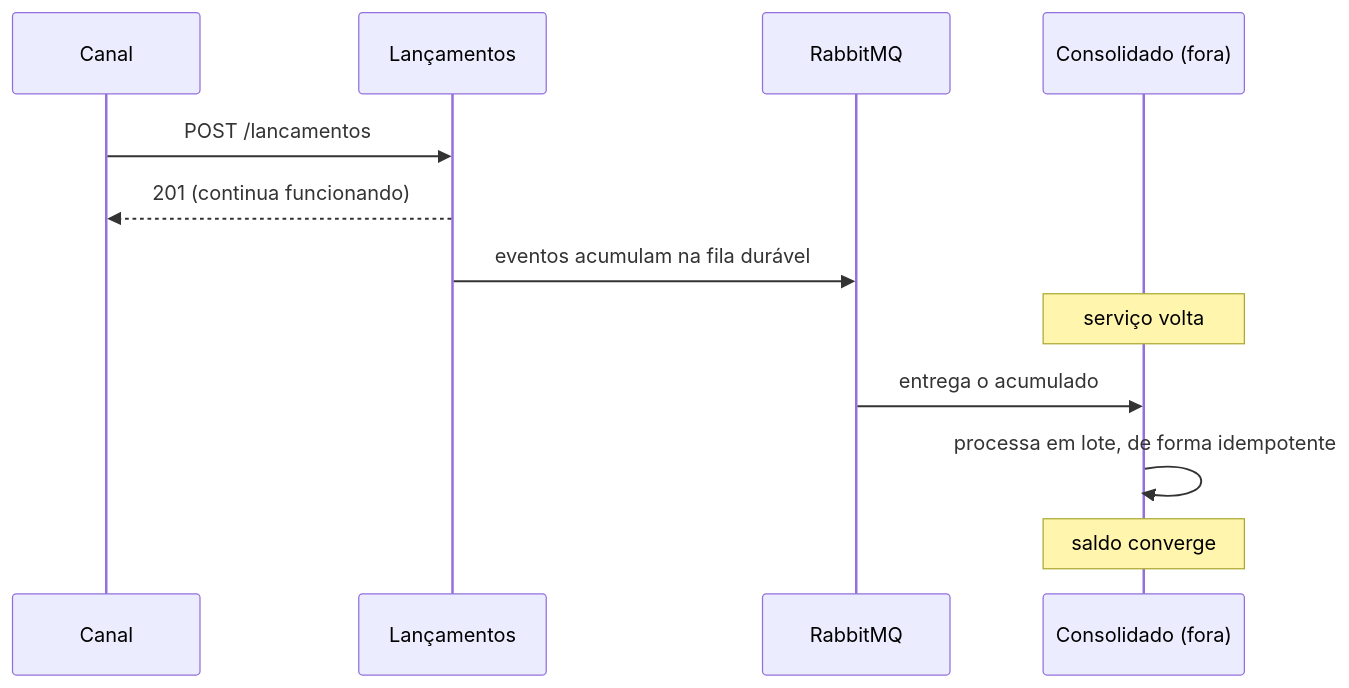
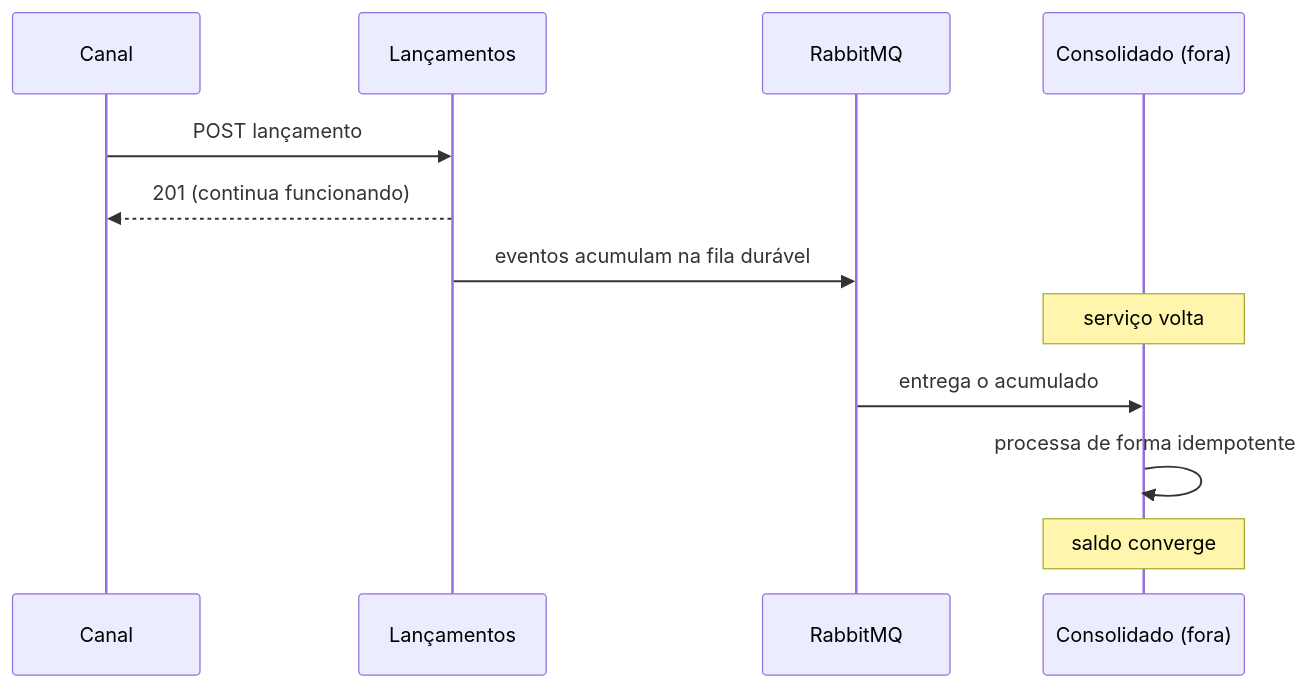
The fifth of 5 diagrams in docs/arquitetura.md (pedrolopesmcz/ledger-financeiro), drawn with Mermaid before and after one commit. The commit also changed other lines of this file and 1 other file, not shown here.

````diff
--- a/docs/arquitetura.md
+++ b/docs/arquitetura.md
@@ -196,14 +200,14 @@
 ```mermaid
 sequenceDiagram
     participant C as Canal
     participant L as Lançamentos
     participant MQ as RabbitMQ
     participant W as Consolidado (fora)
-    C->>L: POST /lancamentos
+    C->>L: POST lançamento
     L-->>C: 201 (continua funcionando)
     L->>MQ: eventos acumulam na fila durável
     Note over W: serviço volta
     MQ->>W: entrega o acumulado
-    W->>W: processa em lote, de forma idempotente
+    W->>W: processa de forma idempotente
     Note over W: saldo converge
 ```
````
